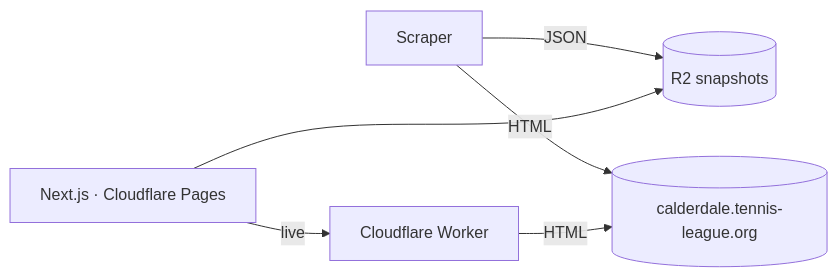
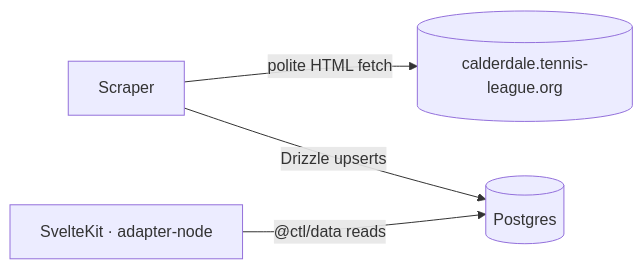
The diagram in README.md (DanielChicot/calderdale-tennis-league), drawn with Mermaid before and after one commit. The commit also changed other lines of this file, not shown here.

First line of the commit message:
docs: refresh README to match shipped architecture

````diff
--- a/README.md
+++ b/README.md
@@ -17,9 +18,7 @@
 ```mermaid
 flowchart LR
   Upstream[(calderdale.tennis-league.org)]
-  Scraper -- HTML --> Upstream
-  Scraper -- JSON --> R2[(R2 snapshots)]
-  Web[Next.js · Cloudflare Pages] --> R2
-  Web -- live --> LiveAPI[Cloudflare Worker]
-  LiveAPI -- HTML --> Upstream
+  Scraper -- polite HTML fetch --> Upstream
+  Scraper -- Drizzle upserts --> DB[(Postgres)]
+  Web[SvelteKit · adapter-node] -- "@ctl/data reads" --> DB
 ```
````
